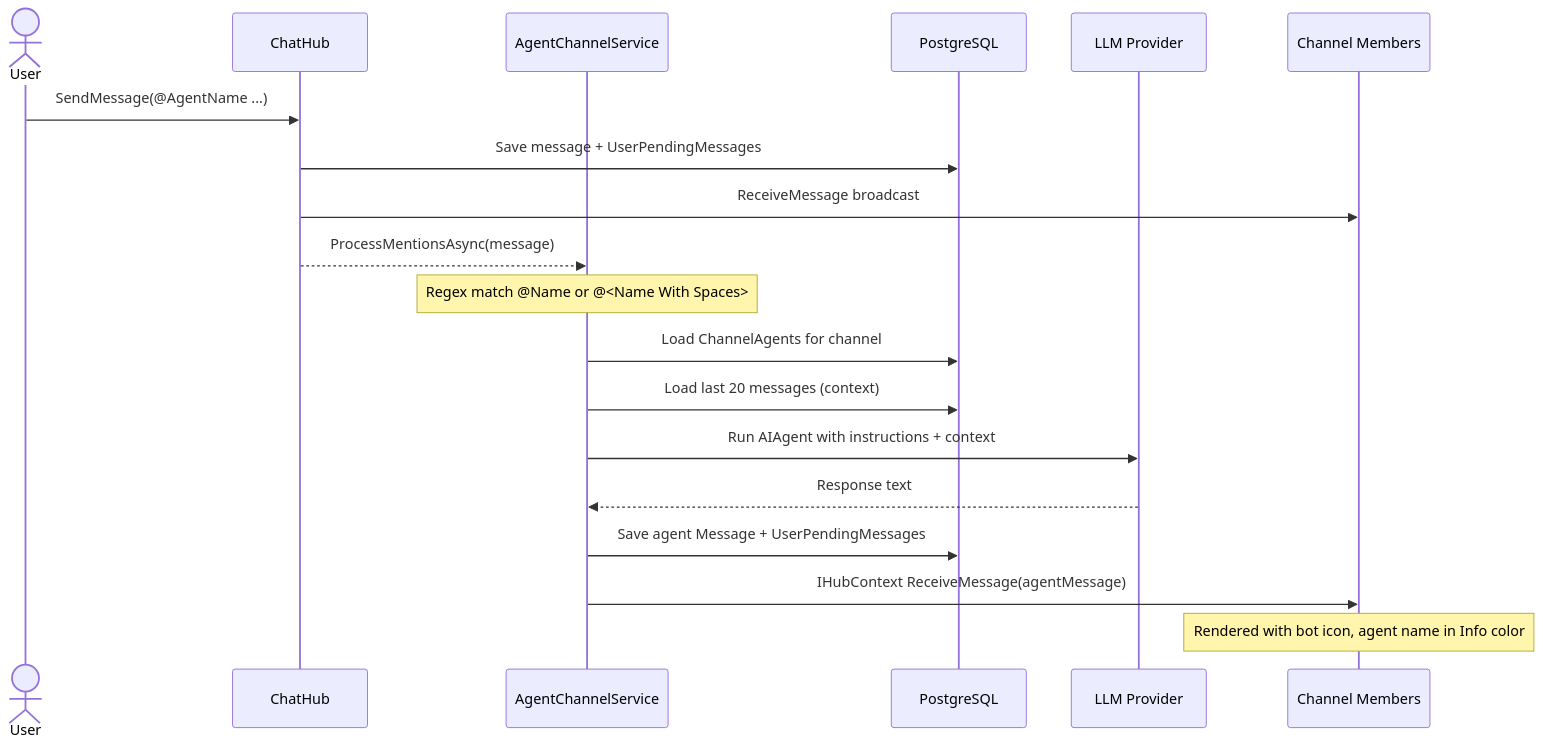
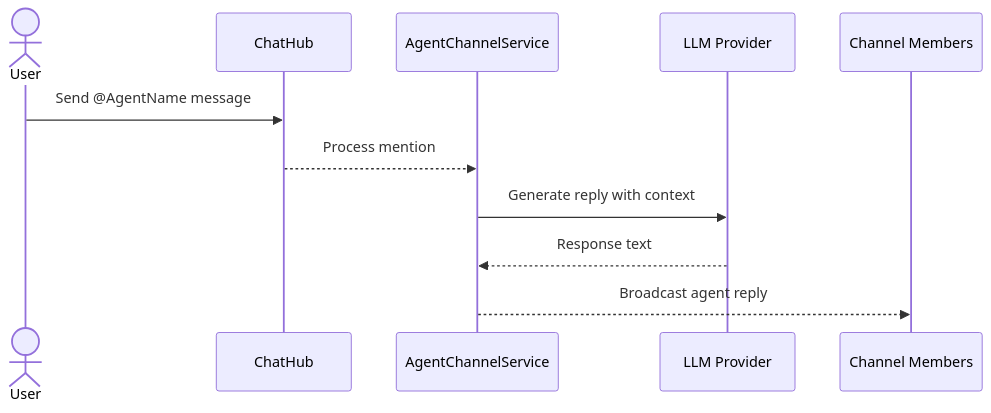
The fifth of 5 diagrams in wiki/Architecture.md (jihadkhawaja/Egroo), drawn with Mermaid before and after one commit. The commit also changed other lines of this file and 106 other files, not shown here.

````diff
--- a/wiki/Architecture.md
+++ b/wiki/Architecture.md
@@ -250,22 +160,14 @@
 ```mermaid
 sequenceDiagram
     actor User
     participant Hub as ChatHub
-    participant Responder as AgentChannelService
-    participant DB as PostgreSQL
+    participant AgentService as AgentChannelService
     participant LLM as LLM Provider
     participant Members as Channel Members
 
-    User->>Hub: SendMessage(@AgentName ...)
-    Hub->>DB: Save message + UserPendingMessages
-    Hub->>Members: ReceiveMessage broadcast
-    Hub-->>Responder: ProcessMentionsAsync(message)
-    Note over Responder: Regex match @Name or @<Name With Spaces>
-    Responder->>DB: Load ChannelAgents for channel
-    Responder->>DB: Load last 20 messages (context)
-    Responder->>LLM: Run AIAgent with instructions + context
-    LLM-->>Responder: Response text
-    Responder->>DB: Save agent Message + UserPendingMessages
-    Responder->>Members: IHubContext ReceiveMessage(agentMessage)
-    Note over Members: Rendered with bot icon, agent name in Info color
+    User->>Hub: Send @AgentName message
+    Hub-->>AgentService: Process mention
+    AgentService->>LLM: Generate reply with context
+    LLM-->>AgentService: Response text
+    AgentService-->>Members: Broadcast agent reply
 ```
````
